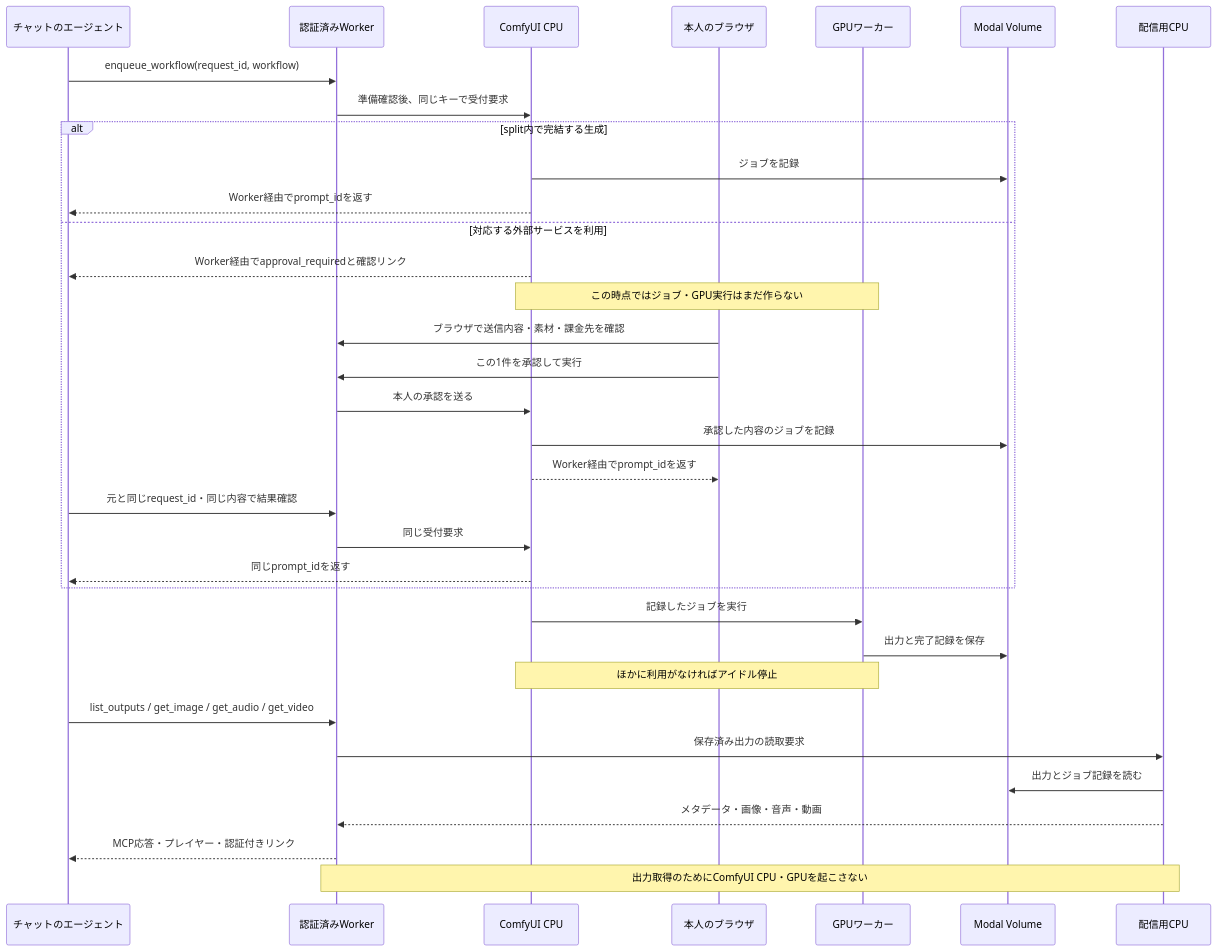
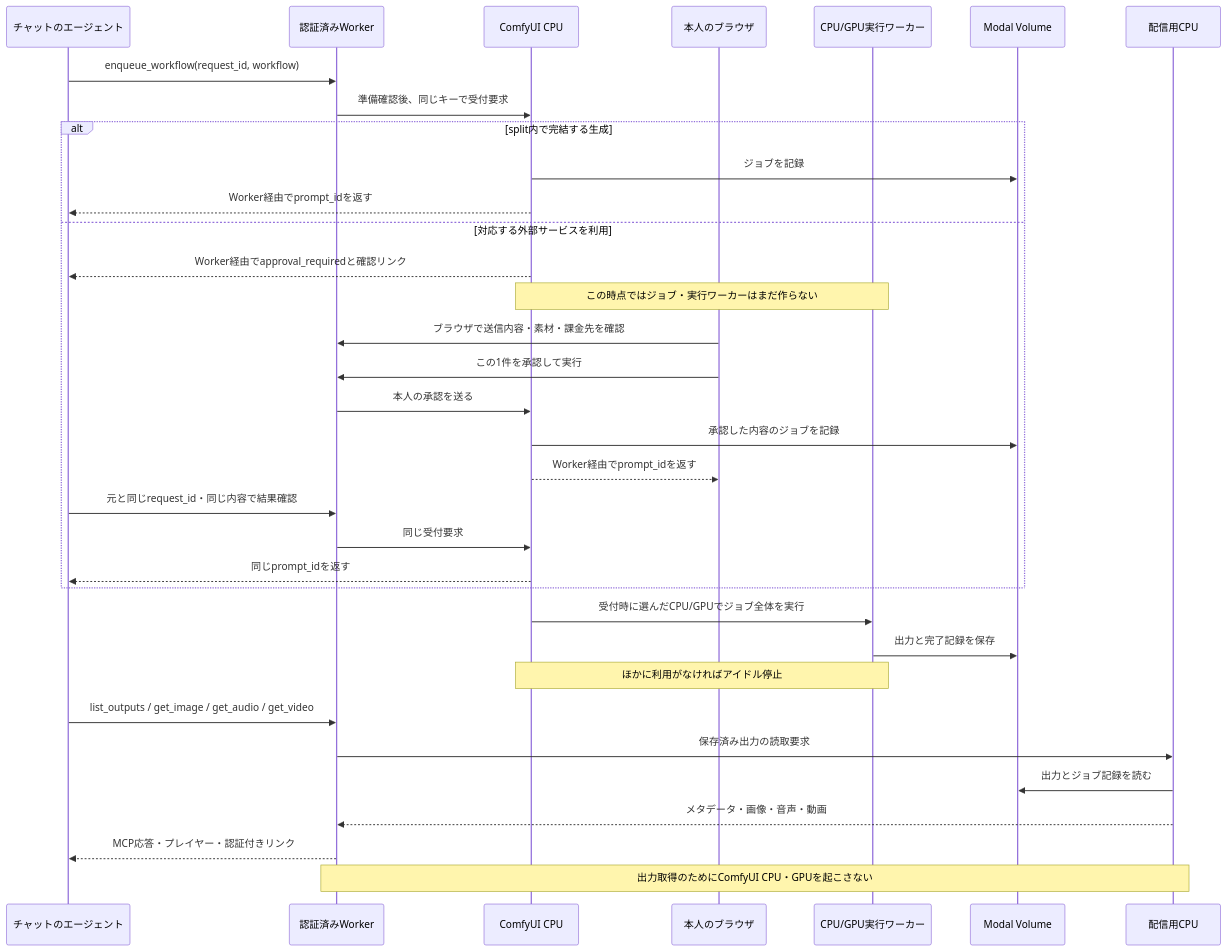
One commit to hndrr/modal-comfyui-deploy changed the third of 4 diagrams in docs/design/split-mcp-routing.md. Above: the diagram before and after it, drawn with Mermaid. The commit also changed 25 other files, not shown here.

````diff
--- a/docs/design/split-mcp-routing.md
+++ b/docs/design/split-mcp-routing.md
@@ -83,36 +83,36 @@
 ```mermaid
 sequenceDiagram
   participant Agent as チャットのエージェント
   participant Edge as 認証済みWorker
   participant CPU as ComfyUI CPU
   participant Owner as 本人のブラウザ
-  participant GPU as GPUワーカー
+  participant GPU as CPU/GPU実行ワーカー
   participant Store as Modal Volume
   participant Read as 配信用CPU
   Agent->>Edge: enqueue_workflow(request_id, workflow)
   Edge->>CPU: 準備確認後、同じキーで受付要求
   alt split内で完結する生成
     CPU->>Store: ジョブを記録
     CPU-->>Agent: Worker経由でprompt_idを返す
   else 対応する外部サービスを利用
     CPU-->>Agent: Worker経由でapproval_requiredと確認リンク
-    Note over CPU,GPU: この時点ではジョブ・GPU実行はまだ作らない
+    Note over CPU,GPU: この時点ではジョブ・実行ワーカーはまだ作らない
     Owner->>Edge: ブラウザで送信内容・素材・課金先を確認
     Owner->>Edge: この1件を承認して実行
     Edge->>CPU: 本人の承認を送る
     CPU->>Store: 承認した内容のジョブを記録
     CPU-->>Owner: Worker経由でprompt_idを返す
     Agent->>Edge: 元と同じrequest_id・同じ内容で結果確認
     Edge->>CPU: 同じ受付要求
     CPU-->>Agent: 同じprompt_idを返す
   end
-  CPU->>GPU: 記録したジョブを実行
+  CPU->>GPU: 受付時に選んだCPU/GPUでジョブ全体を実行
   GPU->>Store: 出力と完了記録を保存
   Note over CPU,GPU: ほかに利用がなければアイドル停止
   Agent->>Edge: list_outputs / get_image / get_audio / get_video
   Edge->>Read: 保存済み出力の読取要求
   Read->>Store: 出力とジョブ記録を読む
   Read-->>Edge: メタデータ・画像・音声・動画
   Edge-->>Agent: MCP応答・プレイヤー・認証付きリンク
   Note over Edge,Read: 出力取得のためにComfyUI CPU・GPUを起こさない
 ```
````
